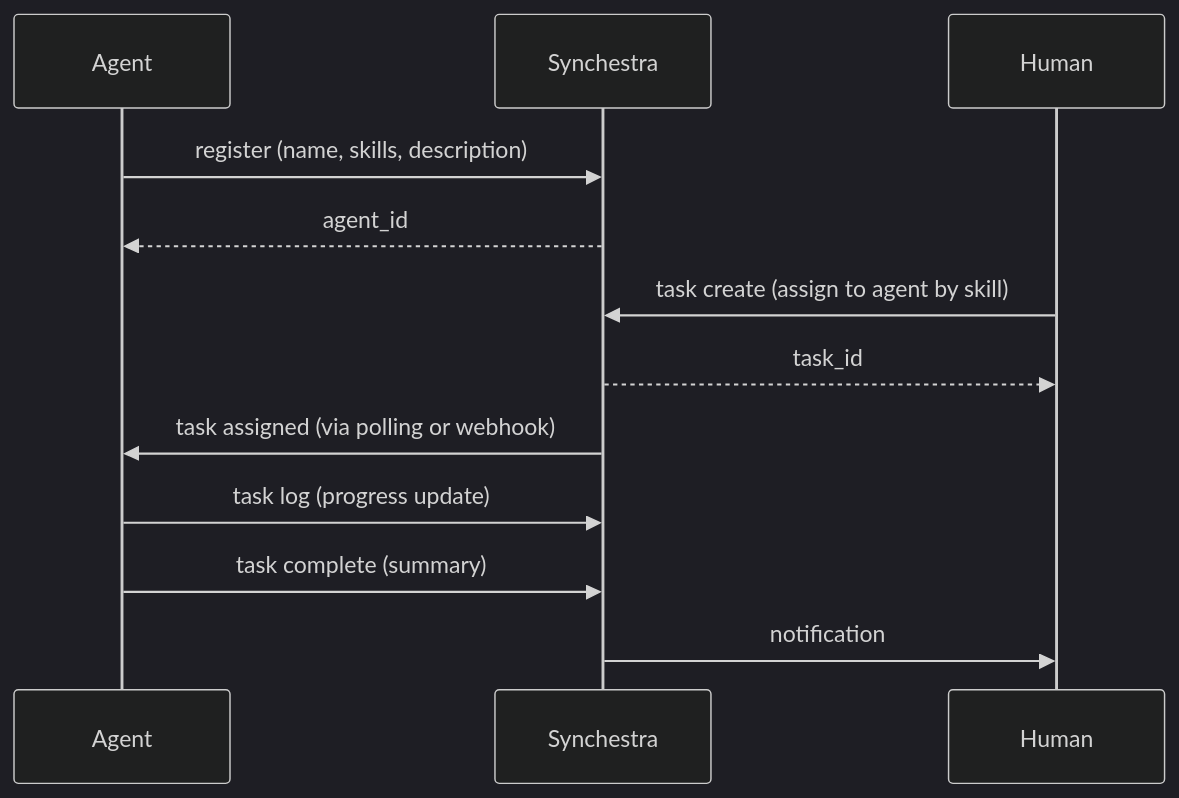
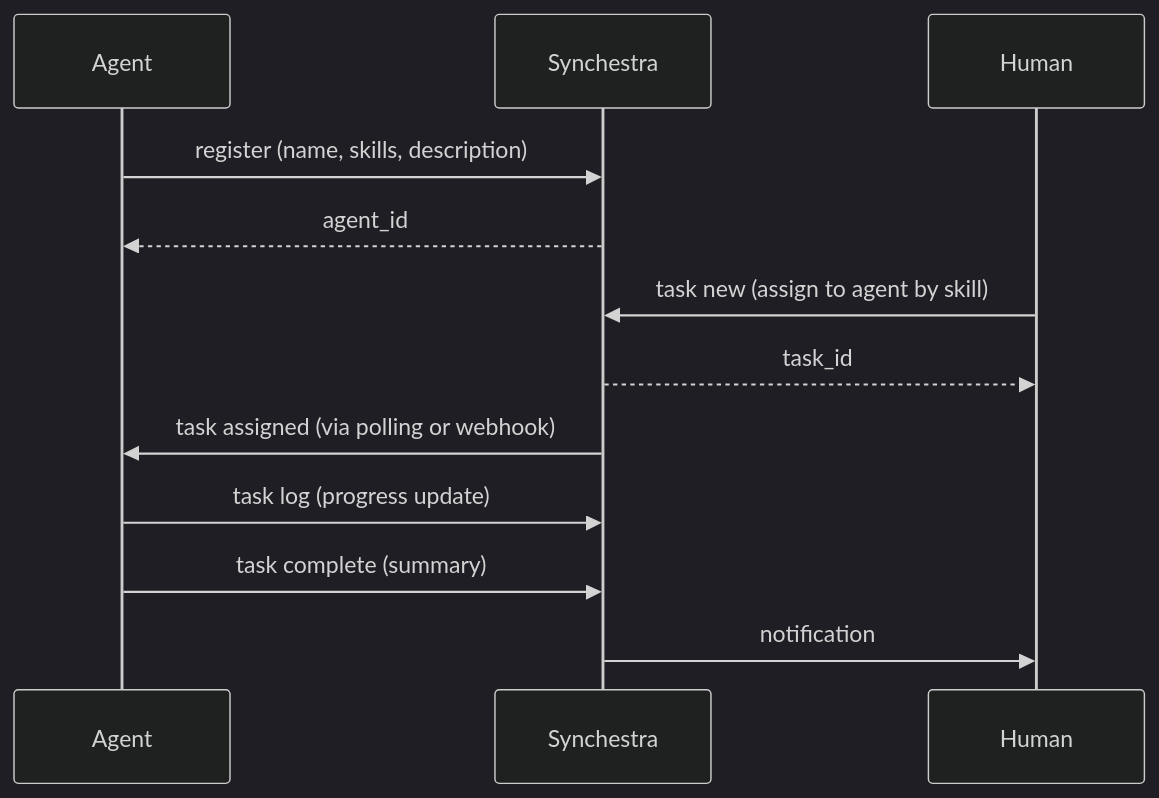
One commit to synchestra-io/synchestra changed the diagram in docs/features/agent-coordination.md. Above: the diagram before and after it, drawn with Mermaid (dark theme). The commit also changed other lines of this file and 24 other files, not shown here.

First line of the commit message:
refactor(cli): rename `task create` to `task new` and document the convention

````diff
--- a/docs/features/agent-coordination.md
+++ b/docs/features/agent-coordination.md
@@ -11,17 +11,17 @@
 ```mermaid
 sequenceDiagram
     participant A as Agent
     participant S as Synchestra
     participant H as Human
 
     A->>S: register (name, skills, description)
     S-->>A: agent_id
 
-    H->>S: task create (assign to agent by skill)
+    H->>S: task new (assign to agent by skill)
     S-->>H: task_id
 
     S->>A: task assigned (via polling or webhook)
     A->>S: task log (progress update)
     A->>S: task complete (summary)
     S->>H: notification
 ```
````
